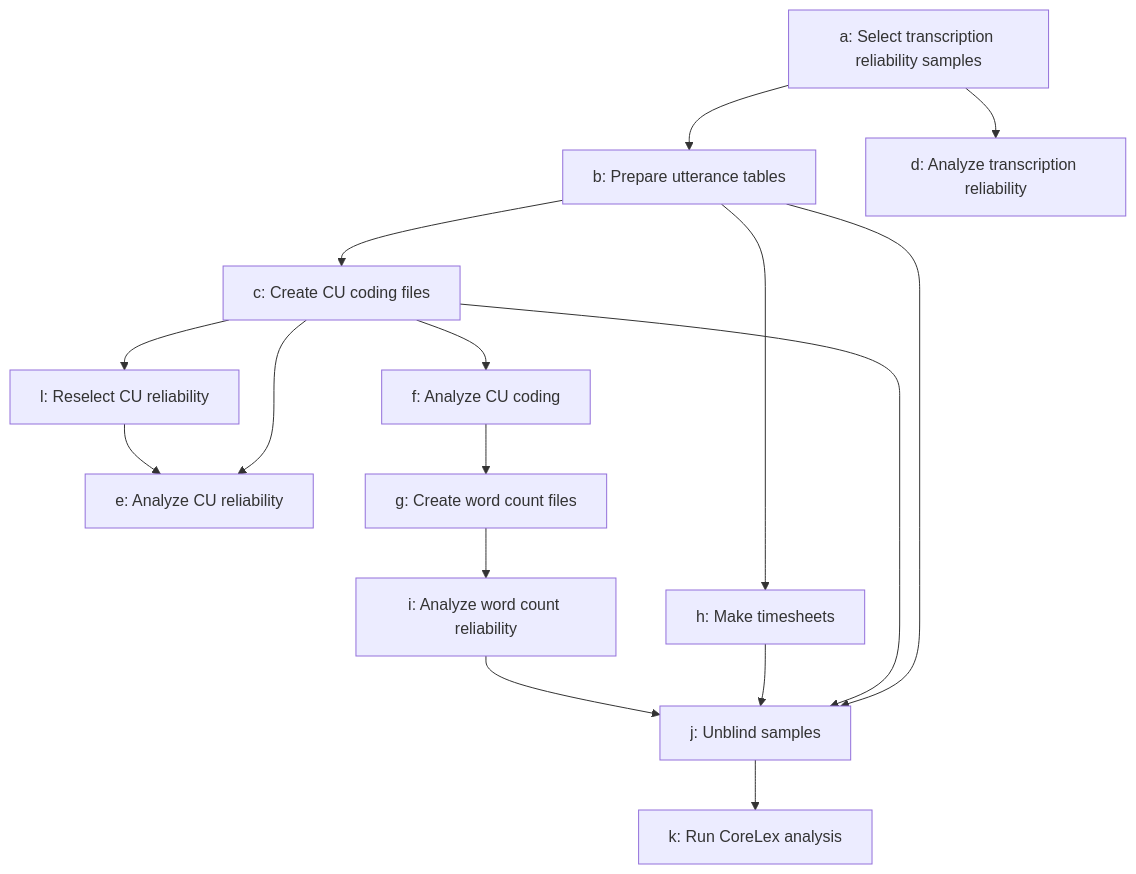
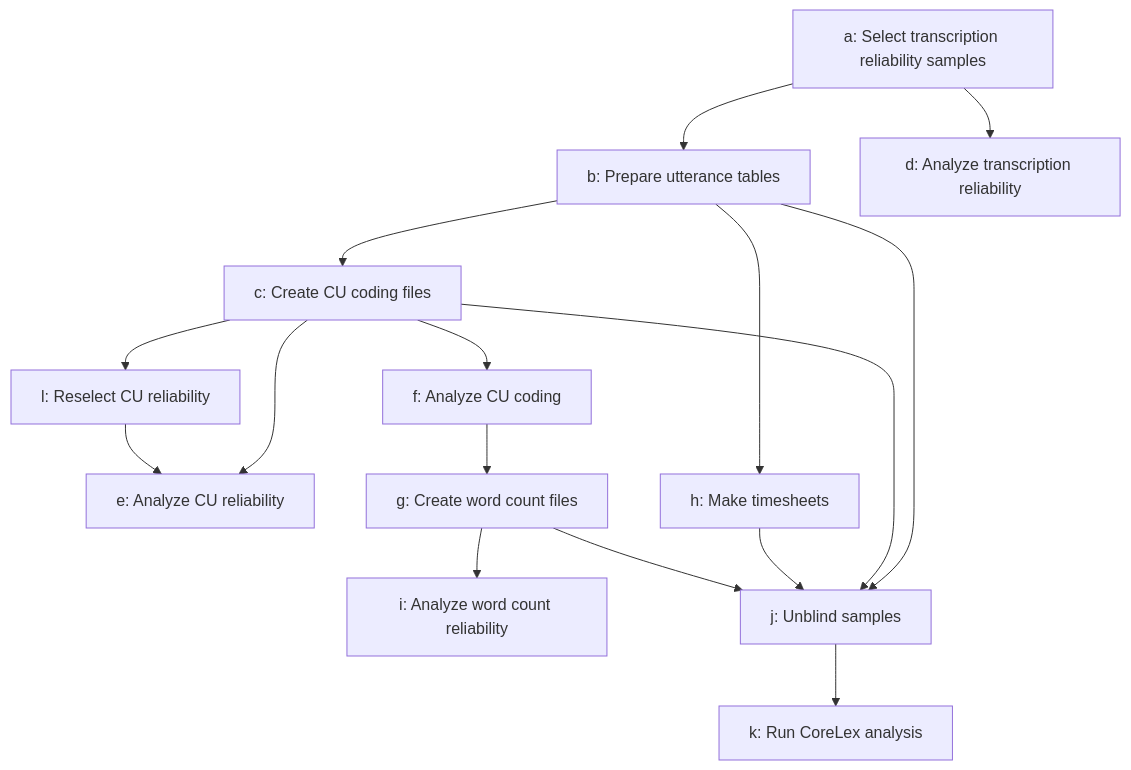
The diagram in README.md (nmccloskey/RASCAL), drawn with Mermaid before and after one commit. The commit also changed other lines of this file, not shown here.

````diff
--- a/README.md
+++ b/README.md
@@ -168,23 +168,23 @@
 ```mermaid
 flowchart TD
     A[a: Select transcription reliability samples] --> B[b: Prepare utterance tables]
     A --> D[d: Analyze transcription reliability]
 
     B --> C[c: Create CU coding files]
 
     
     C --> E[e: Analyze CU reliability]
     C --> F[f: Analyze CU coding]
 
     F --> G[g: Create word count files]
     B --> H[h: Make timesheets]
 
     G --> I[i: Analyze word count reliability]
 
-    B & C & H & I --> J[j: Unblind samples]
+    B & C & H & G --> J[j: Unblind samples]
 
     J --> K[k: Run CoreLex analysis]
 
     C --> L[l: Reselect CU reliability]
     L --> E
 ```
````
